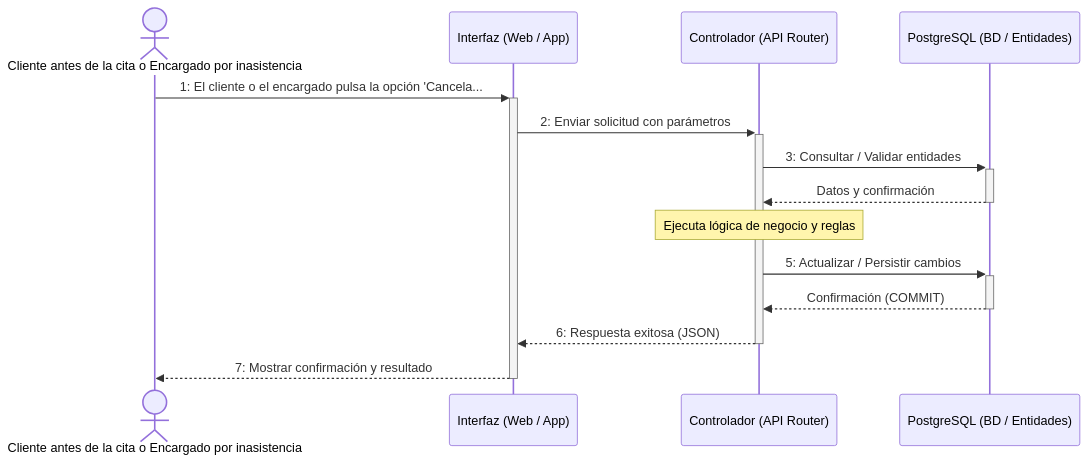
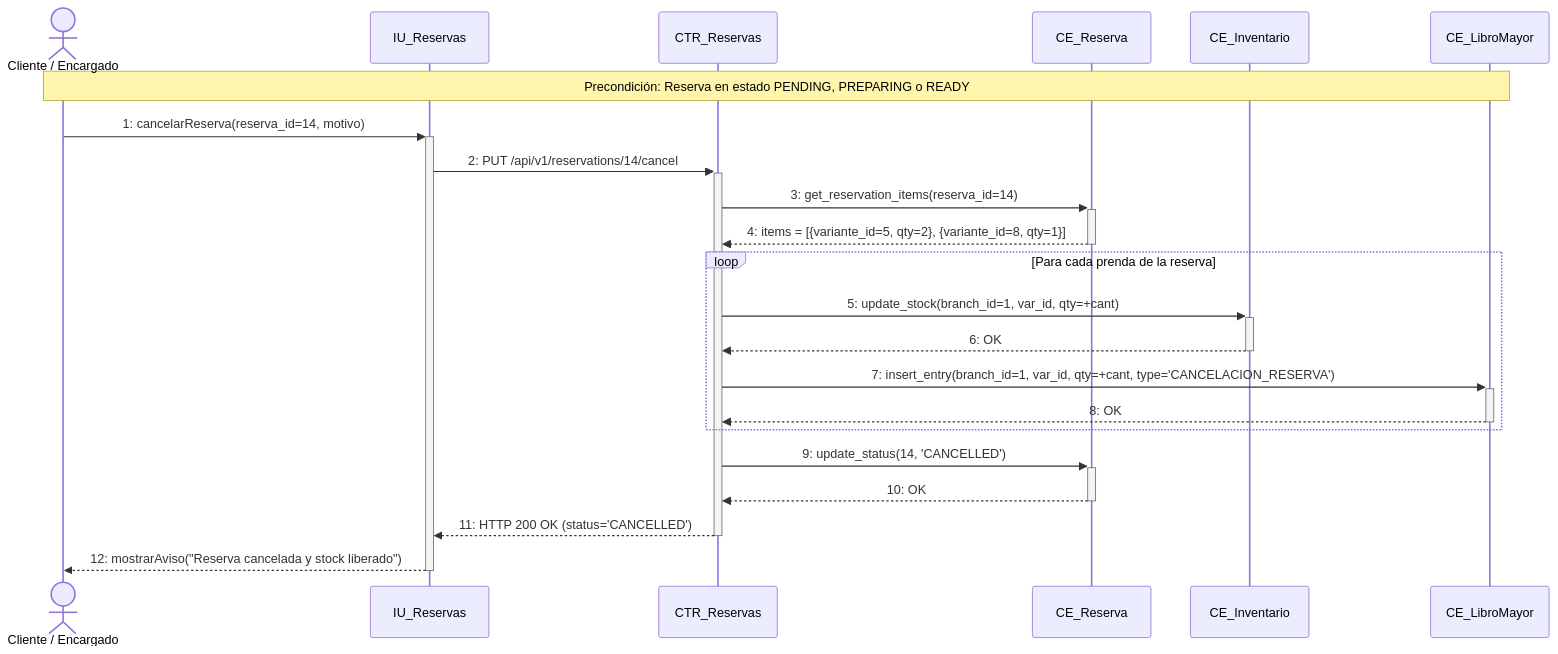
One commit to jc-larry/ecommerce changed diagram 26 of 38 in documentos/DOCUMENTACION_40_CASOS_DE_USO_DIAGRAMAS_SECUENCIA.md. Above: the diagram before and after it, drawn with Mermaid. The commit also changed other lines of this file and 148 other files, not shown here.

````diff
--- a/documentos/DOCUMENTACION_40_CASOS_DE_USO_DIAGRAMAS_SECUENCIA.md
+++ b/documentos/DOCUMENTACION_40_CASOS_DE_USO_DIAGRAMAS_SECUENCIA.md
@@ -1392,16 +1711,25 @@
 ```mermaid
 sequenceDiagram
-    actor U as Cliente antes de la cita o Encargado por inasistencia
-    participant IU as Interfaz (Web / App)
-    participant CTR as Controlador (API Router)
-    participant DB as PostgreSQL (BD / Entidades)
-    U->>+IU: 1: El cliente o el encargado pulsa la opción 'Cancela...
-    IU->>+CTR: 2: Enviar solicitud con parámetros
-    CTR->>+DB: 3: Consultar / Validar entidades
-    DB-->>-CTR: Datos y confirmación
-    Note over CTR: Ejecuta lógica de negocio y reglas
-    CTR->>+DB: 5: Actualizar / Persistir cambios
-    DB-->>-CTR: Confirmación (COMMIT)
-    CTR-->>-IU: 6: Respuesta exitosa (JSON)
-    IU-->>-U: 7: Mostrar confirmación y resultado
+    actor C as Cliente / Encargado
+    participant IU as IU_Reservas
+    participant CTR as CTR_Reservas
+    participant CE_R as CE_Reserva
+    participant CE_I as CE_Inventario
+    participant CE_L as CE_LibroMayor
+
+    Note over C,CE_L: Precondición: Reserva en estado PENDING, PREPARING o READY
+    C->>+IU: 1: cancelarReserva(reserva_id=14, motivo)
+    IU->>+CTR: 2: PUT /api/v1/reservations/14/cancel
+    CTR->>+CE_R: 3: get_reservation_items(reserva_id=14)
+    CE_R-->>-CTR: 4: items = [{variante_id=5, qty=2}, {variante_id=8, qty=1}]
+    loop Para cada prenda de la reserva
+        CTR->>+CE_I: 5: update_stock(branch_id=1, var_id, qty=+cant)
+        CE_I-->>-CTR: 6: OK
+        CTR->>+CE_L: 7: insert_entry(branch_id=1, var_id, qty=+cant, type='CANCELACION_RESERVA')
+        CE_L-->>-CTR: 8: OK
+    end
+    CTR->>+CE_R: 9: update_status(14, 'CANCELLED')
+    CE_R-->>-CTR: 10: OK
+    CTR-->>-IU: 11: HTTP 200 OK (status='CANCELLED')
+    IU-->>-C: 12: mostrarAviso("Reserva cancelada y stock liberado")
 ```
````
